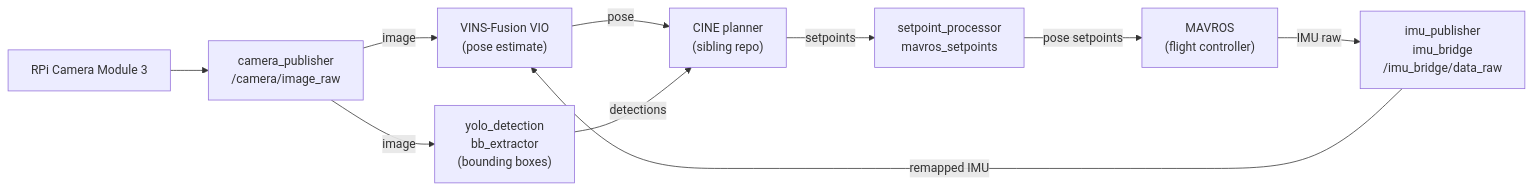
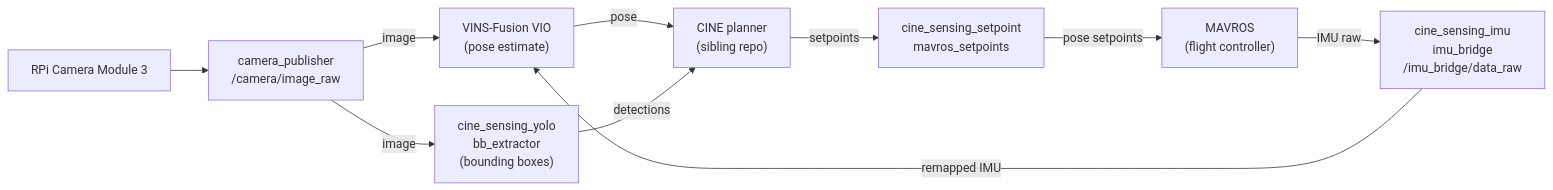
The diagram in README.md (Kino-Studios/CINE-Sensing), drawn with Mermaid before and after one commit. The commit also changed other lines of this file and 93 other files, not shown here.

First line of the commit message:
Move sensing nodes to the root as cine_sensing_*

````diff
--- a/README.md
+++ b/README.md
@@ -11,21 +11,21 @@
 ```mermaid
 flowchart LR
     CAM["RPi Camera Module 3"]
     CP["camera_publisher<br/>/camera/image_raw"]
     MAVROS["MAVROS<br/>(flight controller)"]
-    IB["imu_publisher<br/>imu_bridge<br/>/imu_bridge/data_raw"]
+    IB["cine_sensing_imu<br/>imu_bridge<br/>/imu_bridge/data_raw"]
     VINS["VINS-Fusion VIO<br/>(pose estimate)"]
-    YOLO["yolo_detection<br/>bb_extractor<br/>(bounding boxes)"]
-    SP["setpoint_processor<br/>mavros_setpoints"]
+    YOLO["cine_sensing_yolo<br/>bb_extractor<br/>(bounding boxes)"]
+    SP["cine_sensing_setpoint<br/>mavros_setpoints"]
     CINE["CINE planner<br/>(sibling repo)"]
 
     CAM --> CP
     CP -->|image| VINS
     MAVROS -->|IMU raw| IB
     IB -->|remapped IMU| VINS
     CP -->|image| YOLO
     VINS -->|pose| CINE
     YOLO -->|detections| CINE
     CINE -->|setpoints| SP
     SP -->|pose setpoints| MAVROS
 ```
````
